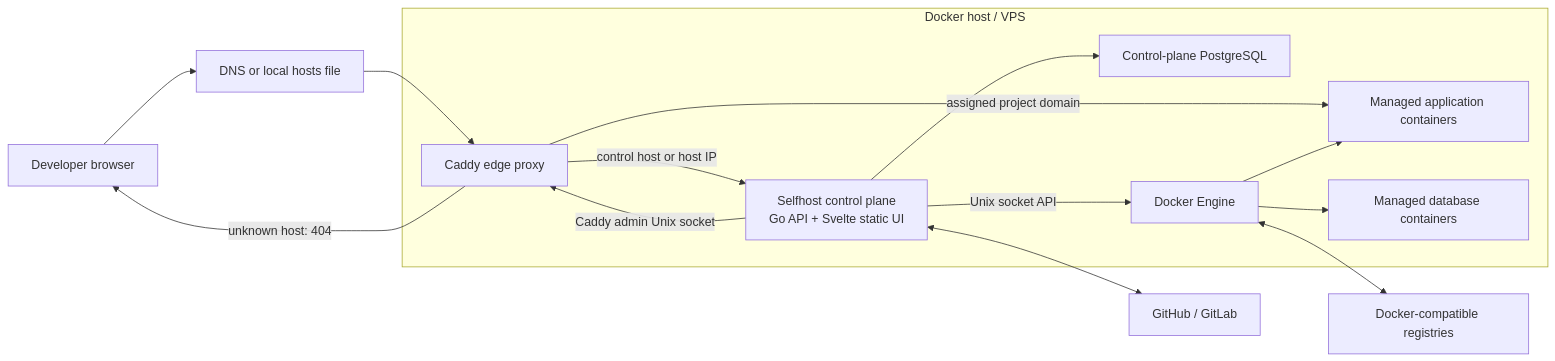
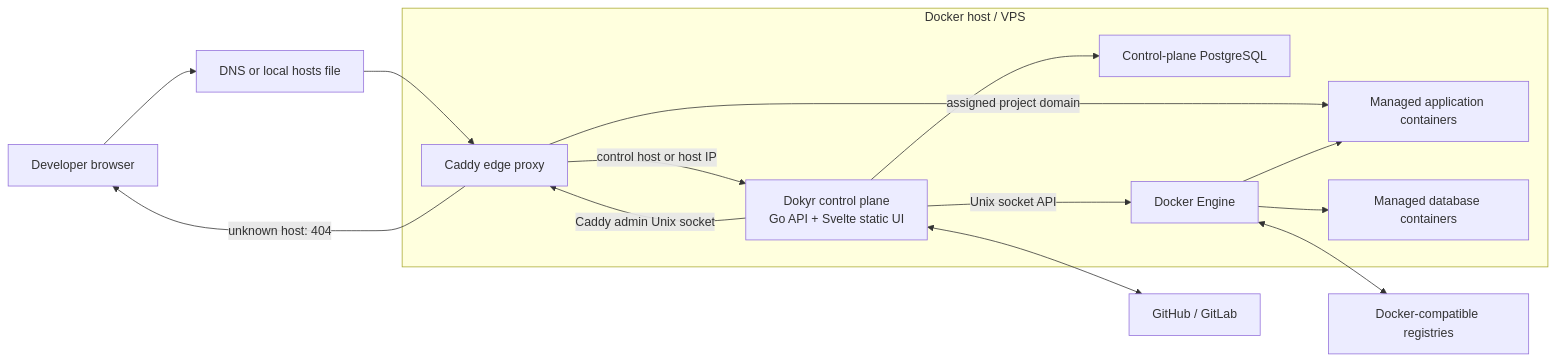
One commit to azayr/dokyr changed the first of 8 diagrams in docs/ARCHITECTURE.md. Above: the diagram before and after it, drawn with Mermaid. The commit also changed other lines of this file and 39 other files, not shown here.

````diff
--- a/docs/ARCHITECTURE.md
+++ b/docs/ARCHITECTURE.md
@@ -28,28 +28,28 @@
 ```mermaid
 flowchart LR
     User["Developer browser"]
     DNS["DNS or local hosts file"]
     Git["GitHub / GitLab"]
     Registry["Docker-compatible registries"]
 
     subgraph Host["Docker host / VPS"]
         Caddy["Caddy edge proxy"]
-        App["Selfhost control plane<br/>Go API + Svelte static UI"]
+        App["Dokyr control plane<br/>Go API + Svelte static UI"]
         PG["Control-plane PostgreSQL"]
         Docker["Docker Engine"]
         Workloads["Managed application containers"]
         Databases["Managed database containers"]
     end
 
     User --> DNS --> Caddy
     Caddy -->|"control host or host IP"| App
     Caddy -->|"assigned project domain"| Workloads
     Caddy -->|"unknown host: 404"| User
     App --> PG
     App -->|"Unix socket API"| Docker
     App -->|"Caddy admin Unix socket"| Caddy
     App <--> Git
     Docker <--> Registry
     Docker --> Workloads
     Docker --> Databases
 ```
````
